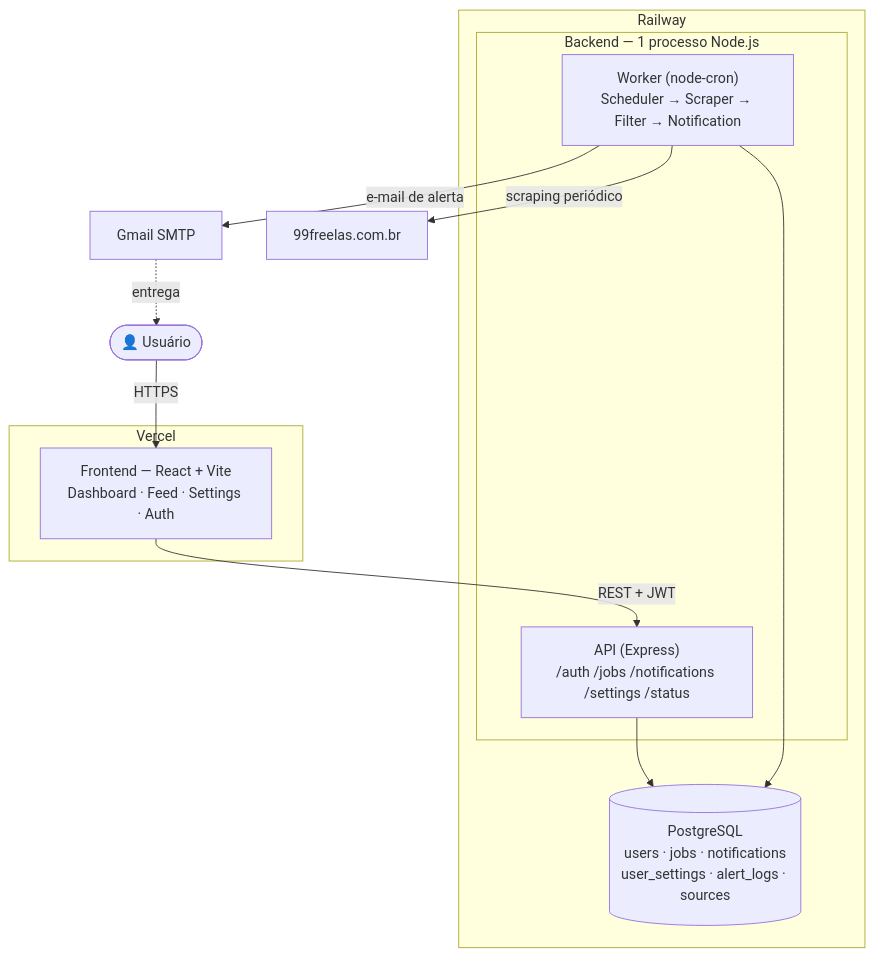
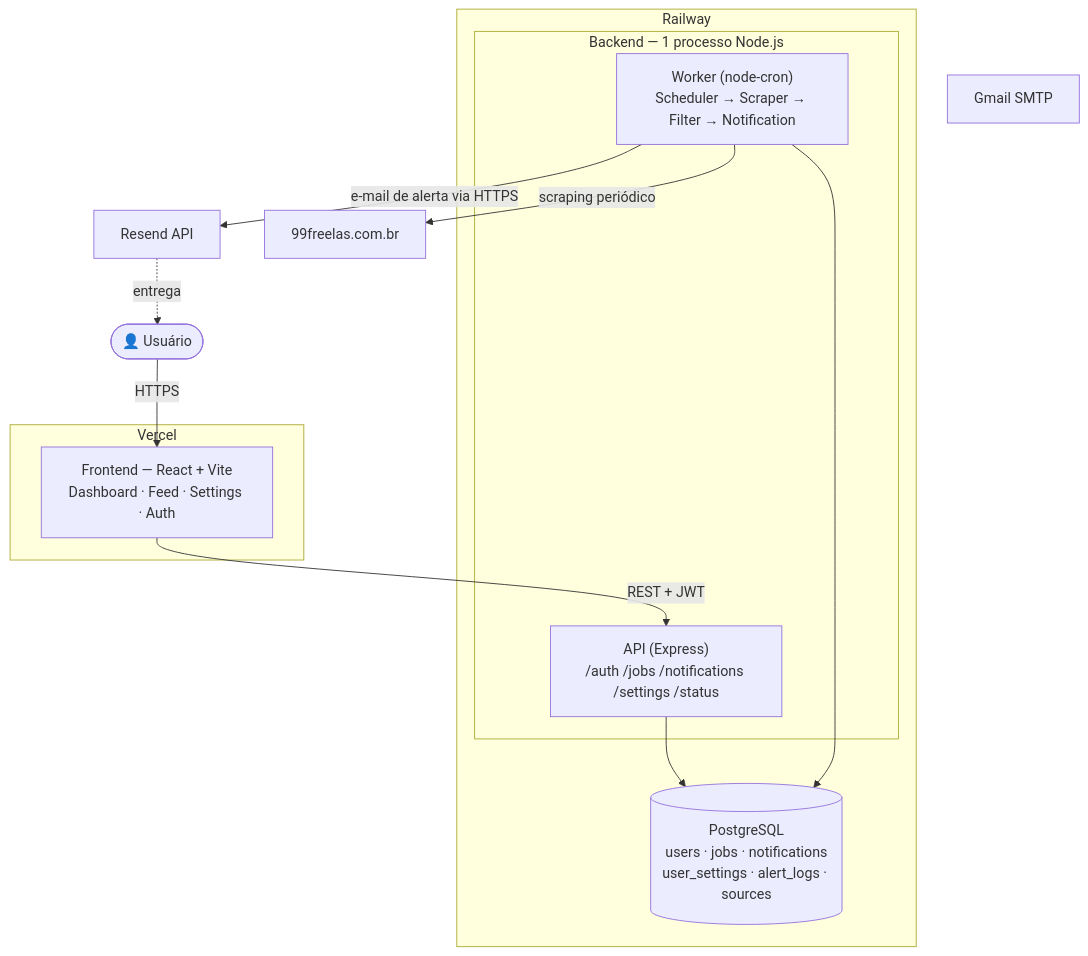
Before and after one commit to leandro-hd/job4devs: the diagram in docs/02-architecture.md, drawn with Mermaid. The commit also changed other lines of this file and 4 other files, not shown here.

````diff
--- a/docs/02-architecture.md
+++ b/docs/02-architecture.md
@@ -41,27 +41,27 @@
 ```mermaid
 flowchart TB
     User(["👤 Usuário"])
 
     subgraph VERCEL["Vercel"]
         FE["Frontend — React + Vite\nDashboard · Feed · Settings · Auth"]
     end
 
     subgraph RAILWAY["Railway"]
         subgraph BACKEND["Backend — 1 processo Node.js"]
             API["API (Express)\n/auth /jobs /notifications /settings /status"]
             WORKER["Worker (node-cron)\nScheduler → Scraper → Filter → Notification"]
         end
         DB[("PostgreSQL\nusers · jobs · notifications\nuser_settings · alert_logs · sources")]
     end
 
     FREELAS["99freelas.com.br"]
     SMTP["Gmail SMTP"]
 
     User -->|HTTPS| FE
     FE -->|"REST + JWT"| API
     API --> DB
     WORKER --> DB
     WORKER -->|scraping periódico| FREELAS
-    WORKER -->|e-mail de alerta| SMTP
-    SMTP -.->|entrega| User
+    WORKER -->|e-mail de alerta via HTTPS| RESEND["Resend API"]
+    RESEND -.->|entrega| User
 ```
````
